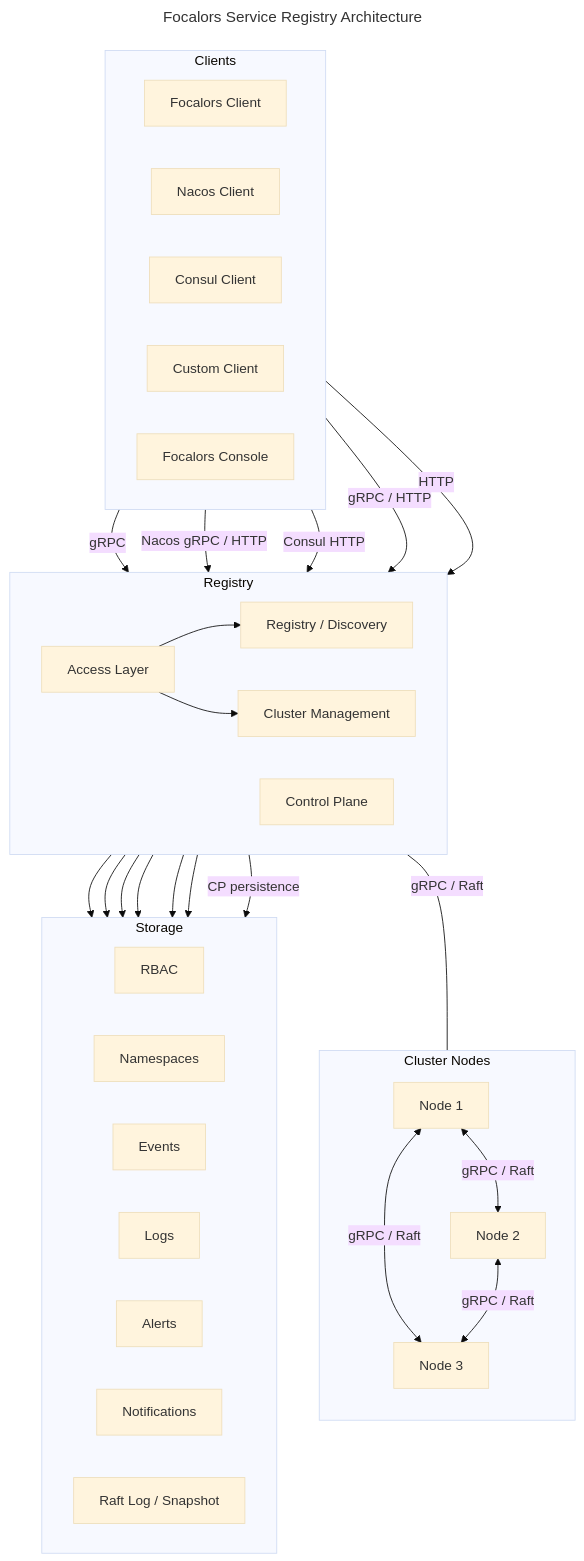
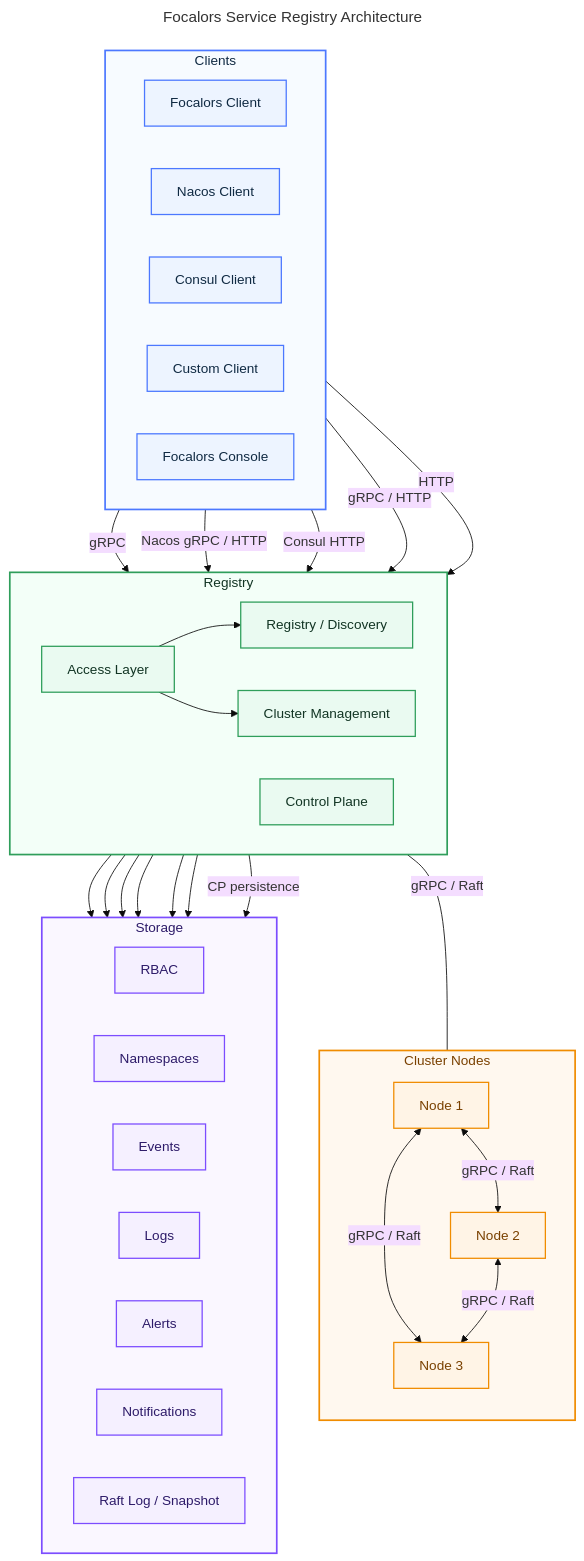
Before and after one commit to shiyindaxiaojie/eden-microservice: the first of 2 diagrams in README.md, drawn with Mermaid (base theme). The commit also changed other lines of this file and 1 other file, not shown here.

````diff
--- a/README.md
+++ b/README.md
@@ -58,62 +125,77 @@
 ```mermaid
 ---
 title: Focalors Service Registry Architecture
 ---
 flowchart TB
+    classDef client fill:#edf4ff,stroke:#4c78ff,stroke-width:1.5px,color:#102a43;
+    classDef registry fill:#eafaf1,stroke:#2f9e5b,stroke-width:1.5px,color:#123524;
+    classDef cluster fill:#fff4e6,stroke:#f08c00,stroke-width:1.5px,color:#7a4100;
+    classDef storage fill:#f5f0ff,stroke:#7c4dff,stroke-width:1.5px,color:#2d1b69;
+
     subgraph ActiveClients["Clients"]
         direction LR
         SDK["Focalors Client"]
         NACOS["Nacos Client"]
         CONSUL["Consul Client"]
         CUSTOM["Custom Client"]
         CONSOLE["Focalors Console"]
     end
 
     subgraph REGISTRY["Registry"]
         direction LR
         ACCESS["Access Layer"]
         CONTROL["Control Plane"]
         CATALOG["Registry / Discovery"]
         CLUSTER["Cluster Management"]
     end
 
     subgraph PeerNodes["Cluster Nodes"]
         direction TB
         N1["Node 1"]
         N2["Node 2"]
         N3["Node 3"]
         N1 <-->|gRPC / Raft| N2
         N1 <-->|gRPC / Raft| N3
         N2 <-->|gRPC / Raft| N3
     end
 
     subgraph PersistentStore["Storage"]
         direction LR
         RBAC["RBAC"]
         NS["Namespaces"]
         EVENT["Events"]
         LOG["Logs"]
         ALERT["Alerts"]
         NOTICE["Notifications"]
         RAFT["Raft Log / Snapshot"]
     end
 
+    style ActiveClients fill:#f7fbff,stroke:#4c78ff,stroke-width:2px,color:#102a43
+    style REGISTRY fill:#f3fff8,stroke:#2f9e5b,stroke-width:2px,color:#123524
+    style PeerNodes fill:#fff8ef,stroke:#f08c00,stroke-width:2px,color:#7a4100
+    style PersistentStore fill:#faf7ff,stroke:#7c4dff,stroke-width:2px,color:#2d1b69
+
+    class SDK,NACOS,CONSUL,CUSTOM,CONSOLE client
+    class ACCESS,CONTROL,CATALOG,CLUSTER registry
+    class N1,N2,N3 cluster
+    class RBAC,NS,EVENT,LOG,ALERT,NOTICE,RAFT storage
+
     SDK -->|gRPC| ACCESS
     NACOS -->|Nacos gRPC / HTTP| ACCESS
     CONSUL -->|Consul HTTP| ACCESS
     CUSTOM -->|gRPC / HTTP| ACCESS
     CONSOLE -->|HTTP| CONTROL
 
     ACCESS --> CATALOG
     ACCESS --> CLUSTER
 
     CLUSTER ---|gRPC / Raft| N1
 
     CONTROL --> RBAC
     CONTROL --> NS
     CONTROL --> EVENT
     CONTROL --> LOG
     CONTROL --> ALERT
     CONTROL --> NOTICE
     CLUSTER -->|CP persistence| RAFT
 ```
````
